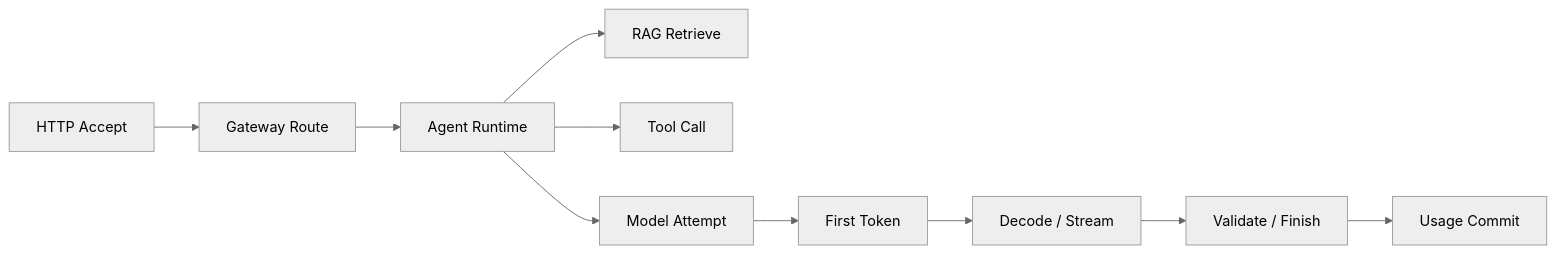
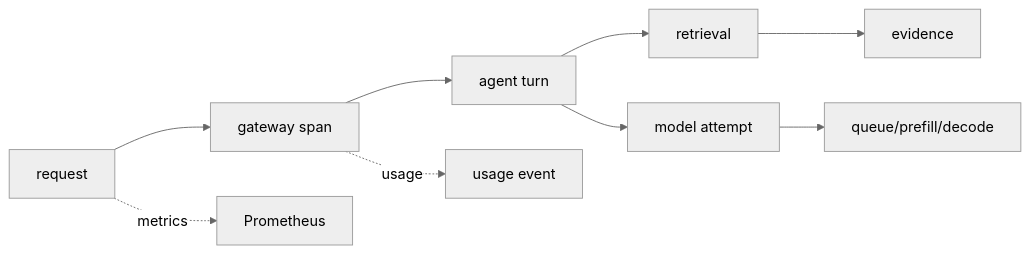
The diagram in docs/devops/ai-observability-slo.md (upJiang/jiang-blog-vitepress), drawn with Mermaid (neutral theme) before and after one commit. The commit also changed other lines of this file and 190 other files, not shown here.

````diff
--- a/docs/devops/ai-observability-slo.md
+++ b/docs/devops/ai-observability-slo.md
@@ -46,12 +31,11 @@
 ```mermaid
 flowchart LR
-  A[HTTP Accept] --> G[Gateway Route]
-  G --> R[Agent Runtime]
-  R --> Q[RAG Retrieve]
-  R --> T[Tool Call]
-  R --> M[Model Attempt]
-  M --> F[First Token]
-  F --> D[Decode / Stream]
-  D --> V[Validate / Finish]
-  V --> U[Usage Commit]
+  R[request] --> G[gateway span]
+  G --> A[agent turn]
+  A --> Q[retrieval]
+  A --> M[model attempt]
+  M --> K[queue/prefill/decode]
+  Q --> E[evidence]
+  G -.usage.-> U[usage event]
+  R -.metrics.-> P[Prometheus]
 ```
````
